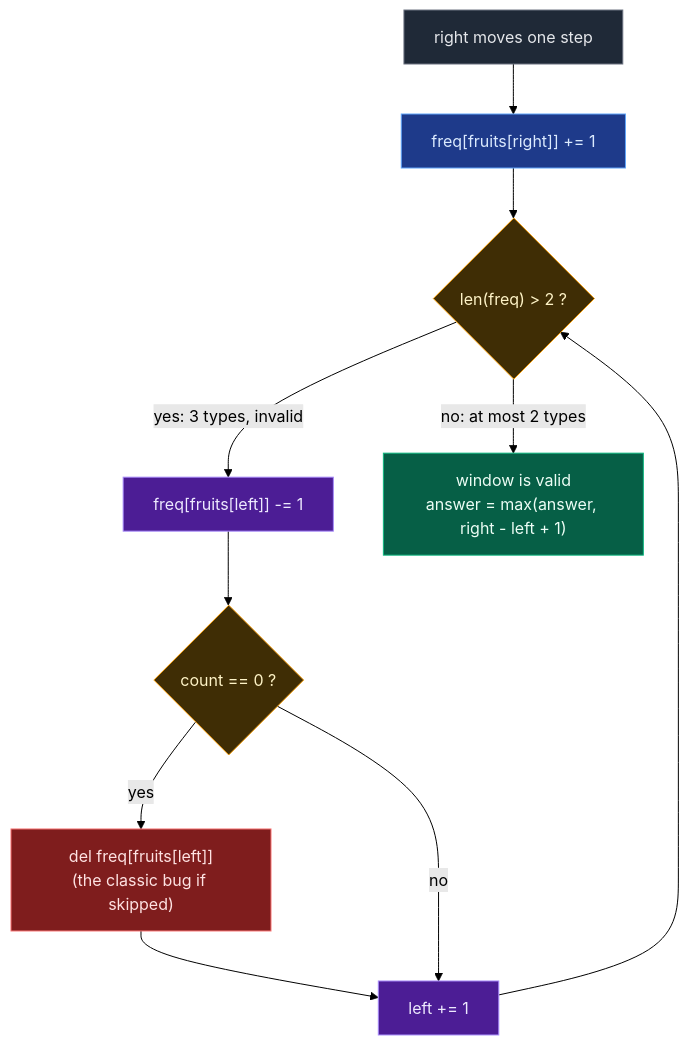
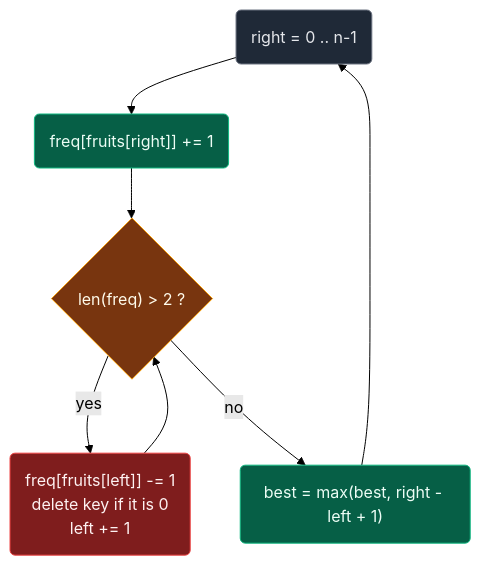
The fourth of 6 diagrams in 04. Sliding window/02. Basic/04. 904. Fruit Into Baskets.md (ajay-nikumbh/dsa-notes), drawn with Mermaid (forest theme) before and after one commit. The commit also changed other lines of this file, not shown here.

First line of the commit message:
Sliding Window 05: rewrite 904 Fruit Into Baskets

````diff
--- a/04. Sliding window/02. Basic/04. 904. Fruit Into Baskets.md
+++ b/04. Sliding window/02. Basic/04. 904. Fruit Into Baskets.md
@@ -104,26 +158,14 @@
 ```mermaid
 flowchart TD
-    A["right moves one step"]:::step
-    B["freq[fruits[right]] += 1"]:::add
-    C{"len(freq) > 2 ?"}:::test
-    D["freq[fruits[left]] -= 1"]:::drop
-    E{"count == 0 ?"}:::test
-    F["del freq[fruits[left]]<br/>(the classic bug if skipped)"]:::danger
-    G["left += 1"]:::drop
-    H["window is valid<br/>answer = max(answer, right - left + 1)"]:::calc
+    A("right = 0 .. n-1"):::edge --> B("freq[fruits[right]] += 1"):::calc
+    B --> C{"len(freq) > 2 ?"}:::check
+    C -->|yes| D("freq[fruits[left]] -= 1<br/>delete key if it is 0<br/>left += 1"):::shrink
+    D --> C
+    C -->|no| E("best = max(best, right - left + 1)"):::calc
+    E --> A
 
-    A --> B --> C
-    C -- "yes: 3 types, invalid" --> D
-    D --> E
-    E -- yes --> F --> G
-    E -- no --> G
-    G --> C
-    C -- "no: at most 2 types" --> H
-
-    classDef step fill:#1f2937,stroke:#6b7280,color:#e5e7eb
-    classDef add fill:#1e3a8a,stroke:#60a5fa,color:#dbeafe
-    classDef test fill:#3f2d05,stroke:#f59e0b,color:#fef3c7
-    classDef drop fill:#4c1d95,stroke:#a78bfa,color:#ede9fe
-    classDef danger fill:#7f1d1d,stroke:#f87171,color:#fee2e2
+    classDef edge fill:#1f2937,stroke:#6b7280,color:#e5e7eb
+    classDef check fill:#78350f,stroke:#f59e0b,color:#fffbeb
+    classDef shrink fill:#7f1d1d,stroke:#ef4444,color:#fef2f2
     classDef calc fill:#065f46,stroke:#10b981,color:#ecfdf5
 ```
````
